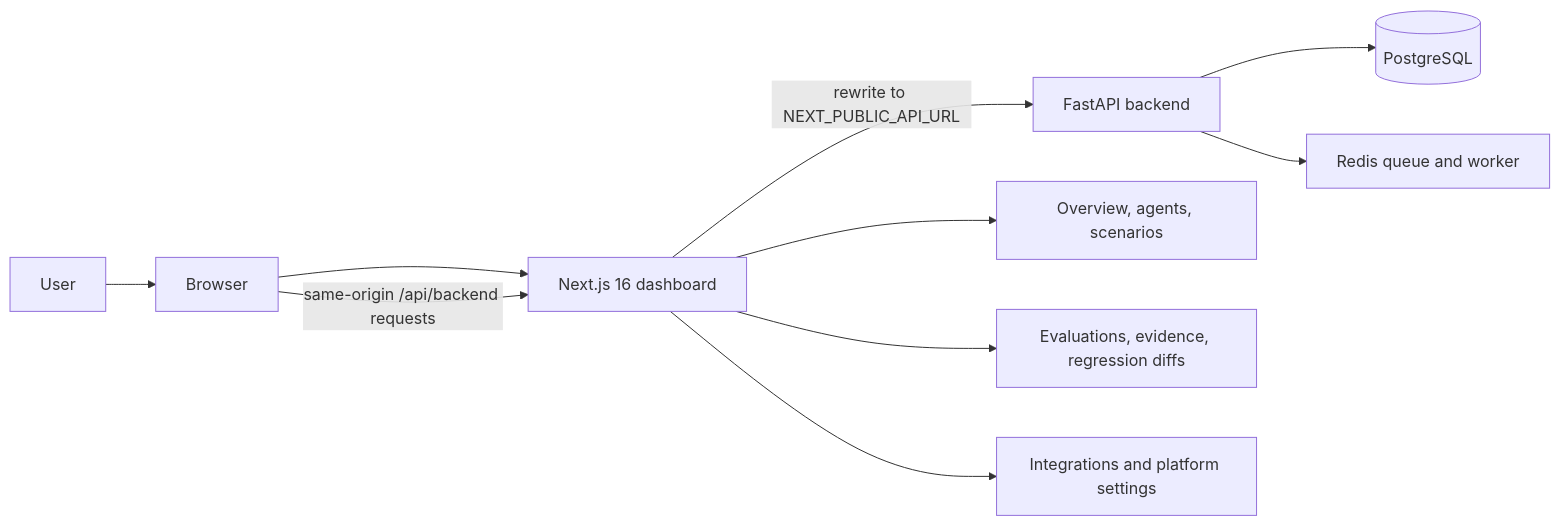
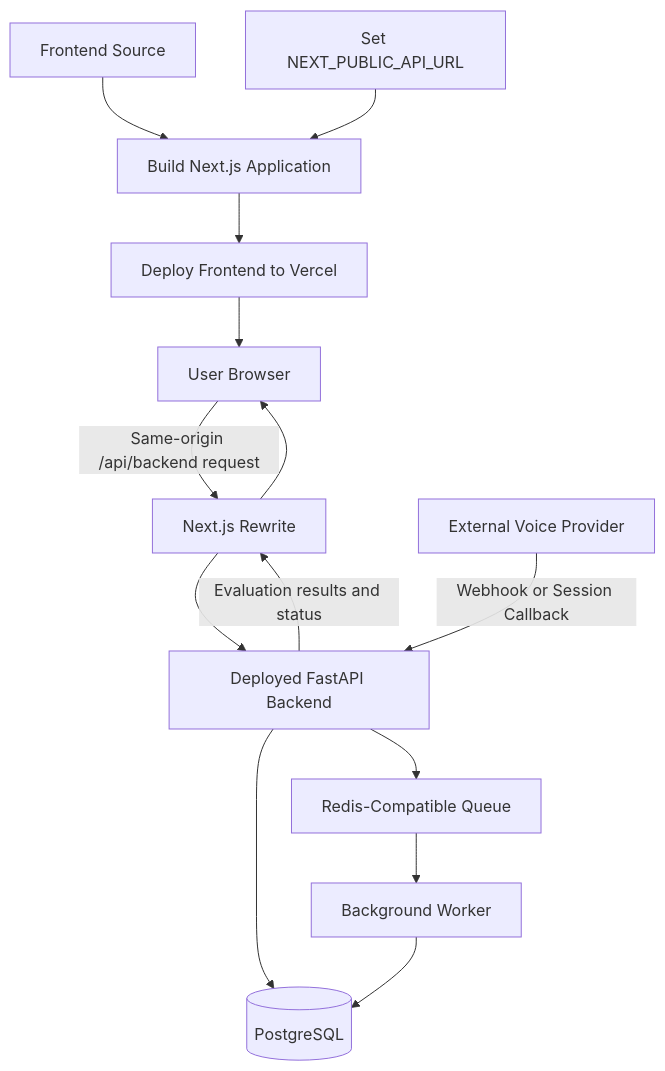
The sixth of 6 diagrams in README.md (novora-voice/novora-frontend), drawn with Mermaid before and after one commit. The commit also changed other lines of this file, not shown here.

````diff
--- a/README.md
+++ b/README.md
@@ -21,12 +637,21 @@
 ```mermaid
-flowchart LR
-    Person[User] --> Browser[Browser]
-    Browser --> Next[Next.js 16 dashboard]
-    Browser -->|same-origin /api/backend requests| Next
-    Next -->|rewrite to NEXT_PUBLIC_API_URL| API[FastAPI backend]
-    API --> DB[(PostgreSQL)]
-    API --> Queue[Redis queue and worker]
-    Next --> Pages[Overview, agents, scenarios]
-    Next --> Runs[Evaluations, evidence, regression diffs]
-    Next --> Settings[Integrations and platform settings]
+flowchart TD
+    FRONTEND[Frontend Source] --> BUILD[Build Next.js Application]
+    CONFIG[Set NEXT_PUBLIC_API_URL] --> BUILD
+
+    BUILD --> DEPLOY[Deploy Frontend to Vercel]
+    DEPLOY --> BROWSER[User Browser]
+
+    BROWSER -->|Same-origin /api/backend request| PROXY[Next.js Rewrite]
+    PROXY --> API[Deployed FastAPI Backend]
+
+    PROVIDER[External Voice Provider] -->|Webhook or Session Callback| API
+
+    API --> POSTGRES[(PostgreSQL)]
+    API --> REDIS[Redis-Compatible Queue]
+    REDIS --> WORKER[Background Worker]
+    WORKER --> POSTGRES
+
+    API -->|Evaluation results and status| PROXY
+    PROXY --> BROWSER
 ```
````
